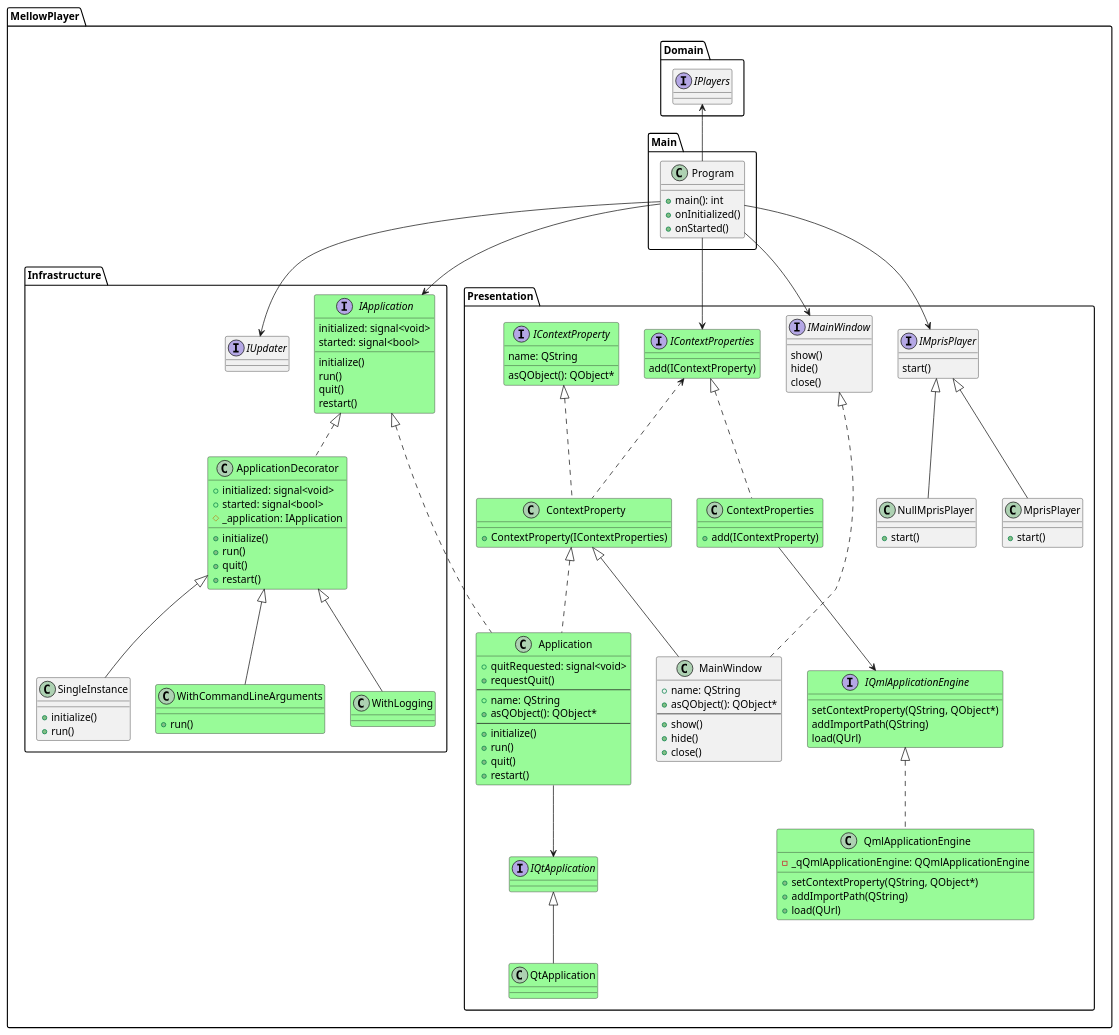
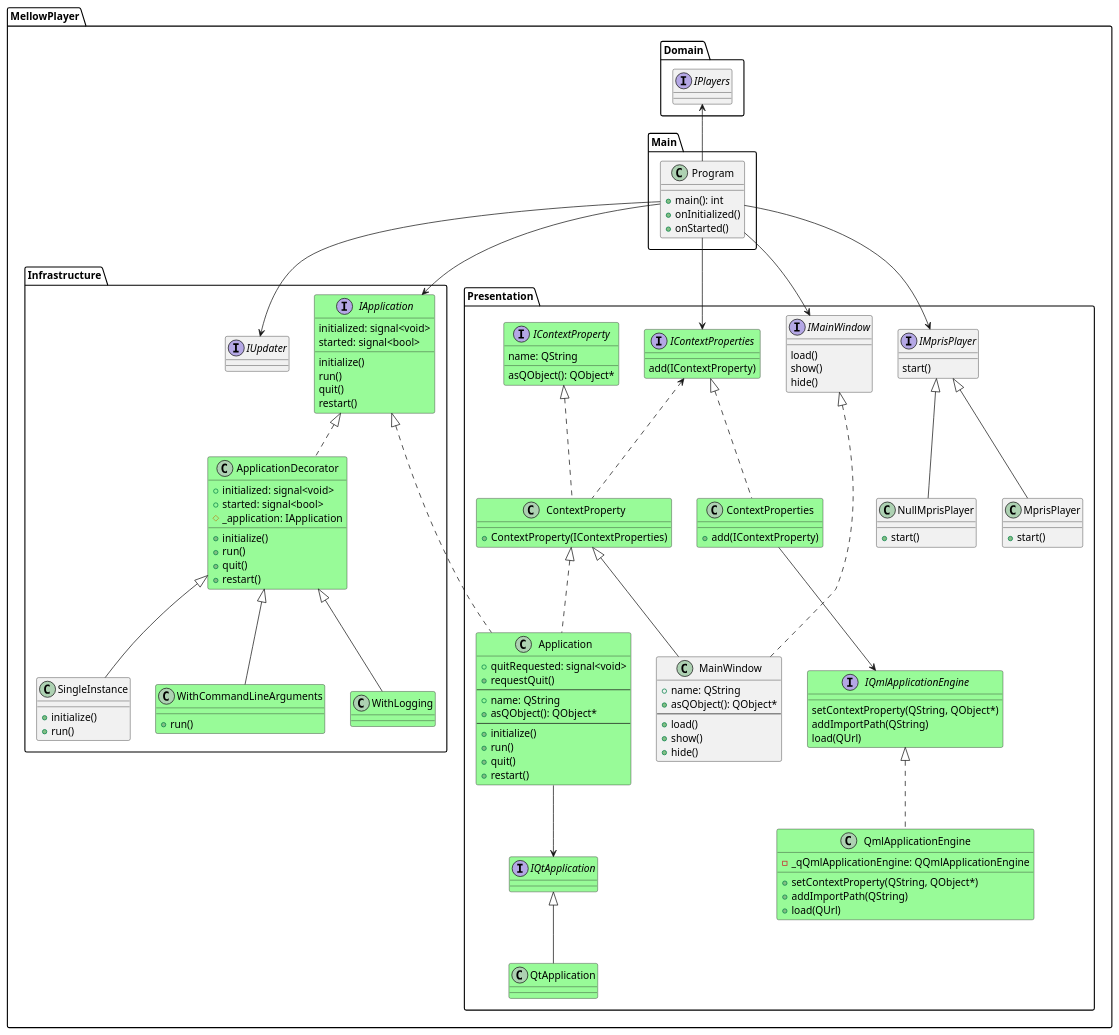
Before and after one commit to ColinDuquesnoy/MellowPlayer: the diagram in docs/developers/PlantUml/Application.puml, drawn with PlantUML. The commit also changed 29 other files, not shown here.

```diff
--- a/docs/developers/PlantUml/Application.puml
+++ b/docs/developers/PlantUml/Application.puml
@@ -1,165 +1,165 @@
 @startuml
 
 namespace MellowPlayer.Main {
     class Program {
         + main(): int
         + onInitialized()
         + onStarted()
 
     }
     Program --> MellowPlayer.Infrastructure.IApplication
     Program --> MellowPlayer.Presentation.IContextProperties
     Program --> MellowPlayer.Presentation.IMainWindow
     Program --> MellowPlayer.Presentation.IMprisPlayer
     Program -up-> MellowPlayer.Domain.IPlayers
     Program --> MellowPlayer.Infrastructure.IUpdater
 }
 
 namespace MellowPlayer.Domain {
     interface IPlayers
 }
 
 namespace MellowPlayer.Infrastructure {
     interface IUpdater
 
     interface IApplication #PaleGreen {
         initialized: signal<void>
         started: signal<bool>
         initialize()
         run()
         quit()
         restart()
     }
 
     class ApplicationDecorator #PaleGreen {
         + initialized: signal<void>
         + started: signal<bool>
         # _application: IApplication
         + initialize()
         + run()
         + quit()
         + restart()
     }
 
     IApplication <|.. ApplicationDecorator
 
     class SingleInstance {
         + initialize()
         + run()
     }
     ApplicationDecorator <|-- SingleInstance
 
     class WithCommandLineArguments #PaleGreen {
         + run()
     }
     ApplicationDecorator <|-- WithCommandLineArguments
 
     class WithLogging #PaleGreen {
 
     }
     ApplicationDecorator <|-- WithLogging
 }
 
 namespace MellowPlayer.Presentation {
     interface IQtApplication #PaleGreen {
     }
     class QtApplication #PaleGreen {
 
     }
     IQtApplication <|-- QtApplication
     class Application #PaleGreen {
         + quitRequested: signal<void>
         + requestQuit()
         --
         + name: QString
         + asQObject(): QObject*
         --
         + initialize()
         + run()
         + quit()
         + restart()
     }
     MellowPlayer.Infrastructure.IApplication <|.. Application
     ContextProperty <|.. Application
     Application -down-> IQtApplication
 
     interface IQmlApplicationEngine #PaleGreen {
         setContextProperty(QString, QObject*)
         addImportPath(QString)
         load(QUrl)
     }
     class QmlApplicationEngine #PaleGreen {
         - _qQmlApplicationEngine: QQmlApplicationEngine
         + setContextProperty(QString, QObject*)
         + addImportPath(QString)
         + load(QUrl)
     }
     IQmlApplicationEngine <|.. QmlApplicationEngine
 
     interface IContextProperty #PaleGreen {
         name: QString
         asQObject(): QObject*
     }
 
     class ContextProperty #PaleGreen {
         + ContextProperty(IContextProperties)
     }
     IContextProperty <|.. ContextProperty
     ContextProperty .up.> IContextProperties
 
     interface IContextProperties #PaleGreen {
         add(IContextProperty)
     }
 
     class ContextProperties #PaleGreen {
         + add(IContextProperty)
     }
     IContextProperties <|.. ContextProperties
     ContextProperties --> IQmlApplicationEngine
 
     interface IMainWindow {
+        load()
         show()
         hide()
-        close()
     }
 
     class MainWindow {
         + name: QString
         + asQObject(): QObject*
         --
+        + load()
         + show()
         + hide()
-        + close()
     }
     IMainWindow <|... MainWindow
     ContextProperty <|-- MainWindow
 
     interface IMprisPlayer {
         start()
     }
     class MprisPlayer {
         + start()
     }
     IMprisPlayer <|-- MprisPlayer
 
     class NullMprisPlayer {
         + start()
     }
     IMprisPlayer <|-- NullMprisPlayer
 }
 
 
 'note bottom
 '
 'int main(argc, argv) {
 '    QApplication qtApp(argc, argv); // bound by instance in injector
 '    // dependency injector setup
 '    ...
 '    auto applicationFactory = injector.create<IApplicationFactory>();
 '    auto app = applicationFactory.create();
 '    return app->run();
 '}
 '
 'end note
 
 @enduml
```
